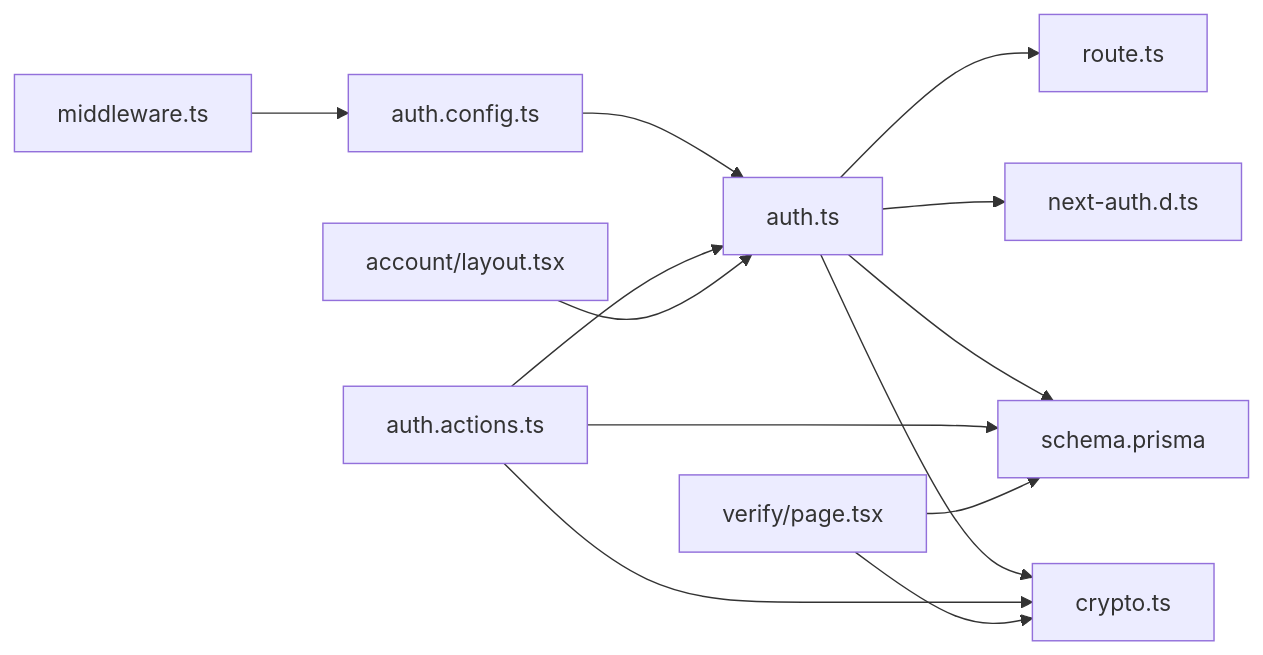
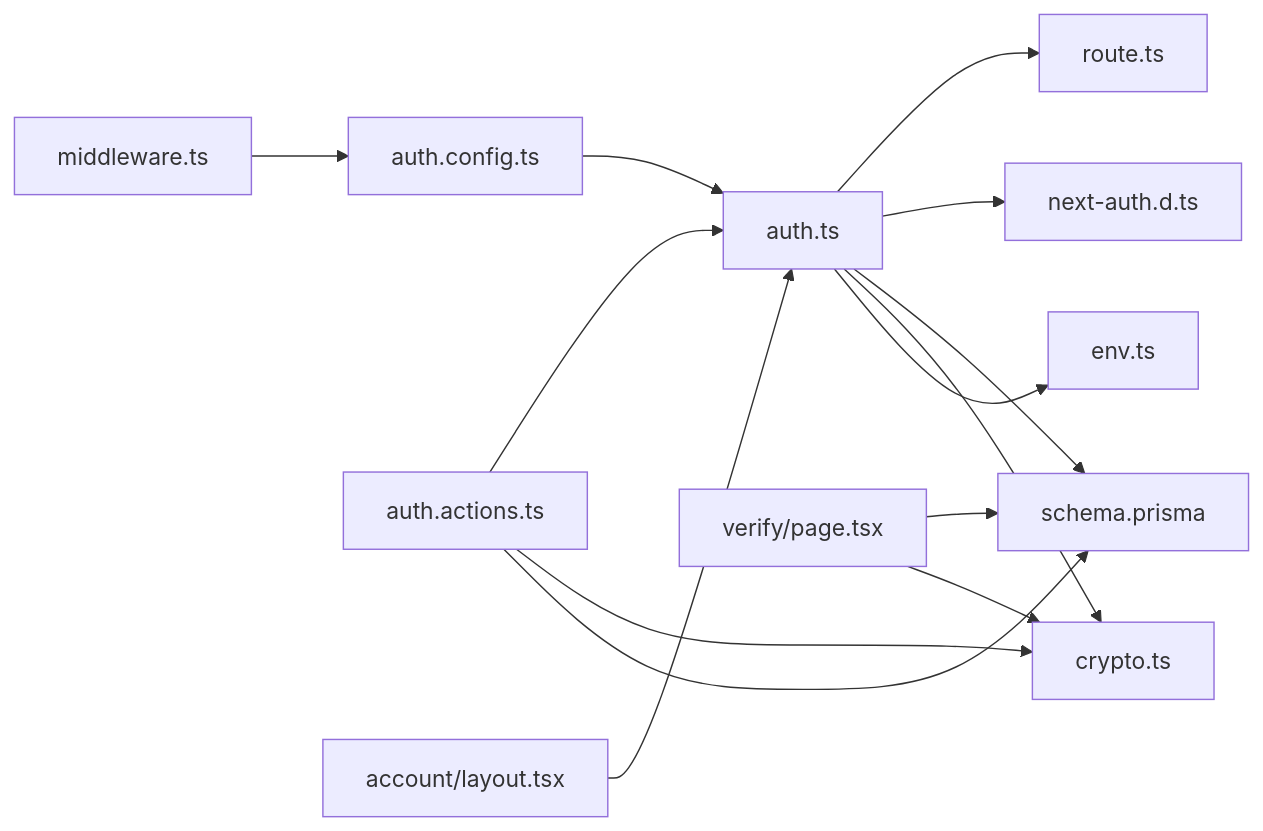
One commit to gyamposudodzi/Timberland changed the tenth of 10 diagrams in .qoder/repowiki/en/content/Authentication System/Authentication System.md. Above: the diagram before and after it, drawn with Mermaid. The commit also changed other lines of this file and 87 other files, not shown here.

````diff
--- a/.qoder/repowiki/en/content/Authentication System/Authentication System.md
+++ b/.qoder/repowiki/en/content/Authentication System/Authentication System.md
@@ -407,15 +433,16 @@
 ```mermaid
 graph LR
 MF["middleware.ts"] --> AC["auth.config.ts"]
 AC --> A["auth.ts"]
 A --> R["route.ts"]
 A --> T["next-auth.d.ts"]
 A --> P["schema.prisma"]
 A --> C["crypto.ts"]
+A --> E["env.ts"]
 SA["auth.actions.ts"] --> A
 SA --> C
 SA --> P
 VF["verify/page.tsx"] --> P
 VF --> C
 AL["account/layout.tsx"] --> A
 ```
````
